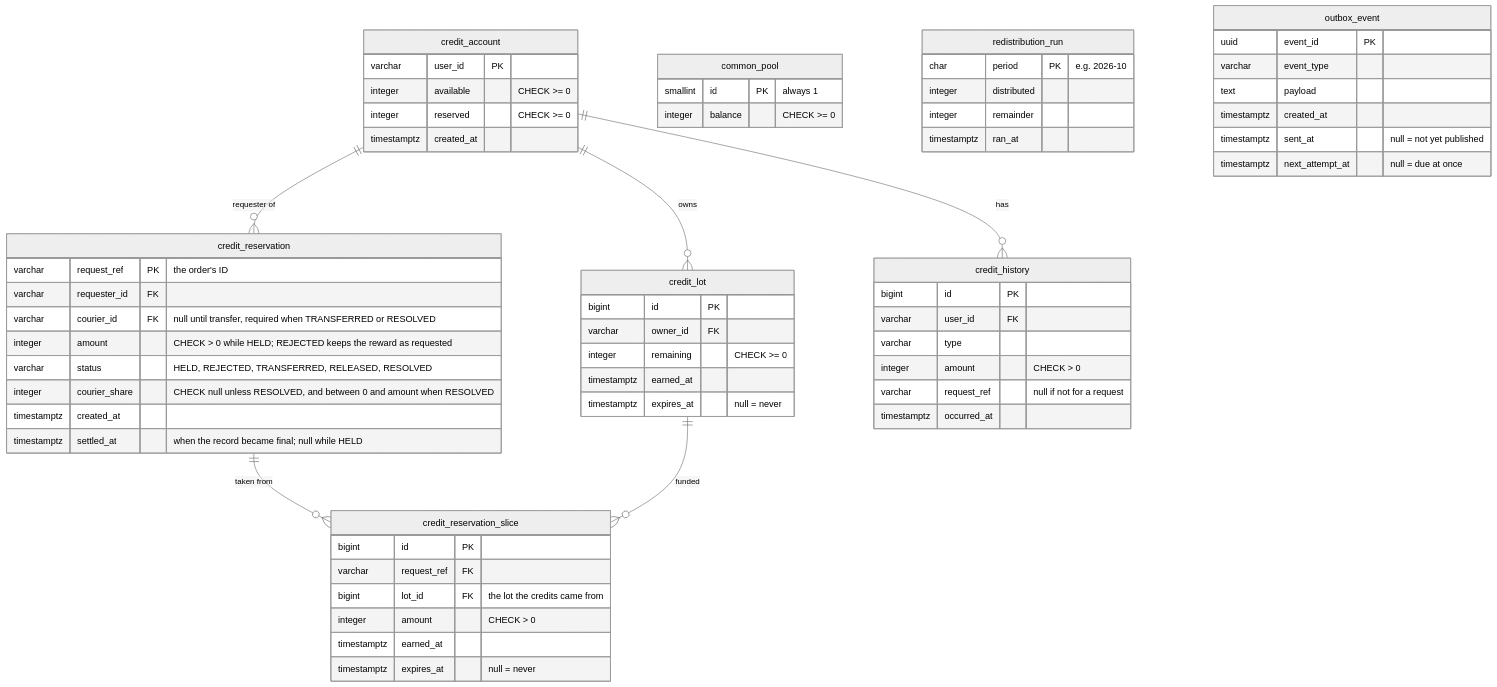
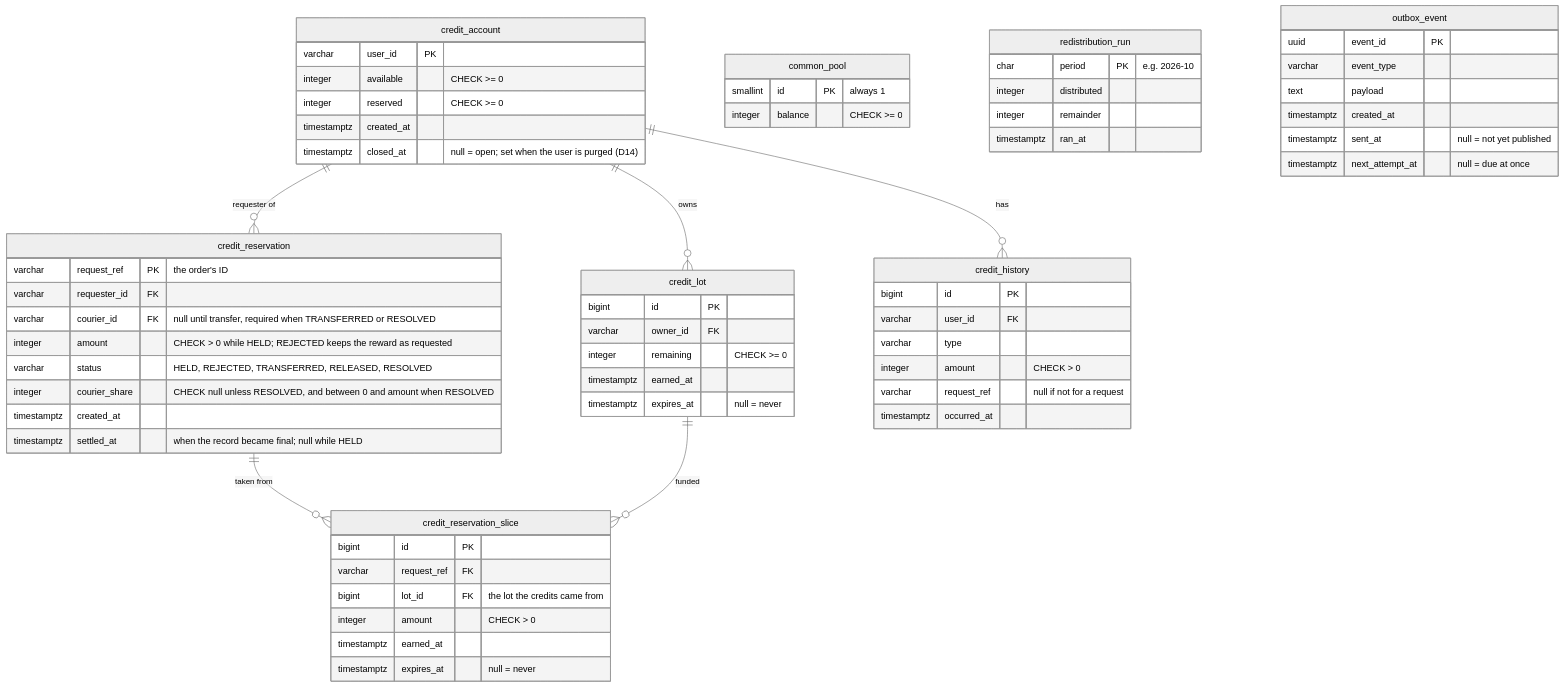
The diagram in docs/credit-service.md (AY2627S1-CS3219-P23/foc), drawn with Mermaid (neutral theme) before and after one commit. The commit also changed other lines of this file and 65 other files, not shown here.

````diff
--- a/docs/credit-service.md
+++ b/docs/credit-service.md
@@ -217,66 +225,67 @@
 ```mermaid
 erDiagram
     credit_account ||--o{ credit_reservation : "requester of"
     credit_account ||--o{ credit_lot : owns
     credit_account ||--o{ credit_history : "has"
     credit_reservation ||--o{ credit_reservation_slice : "taken from"
     credit_lot ||--o{ credit_reservation_slice : "funded"
  
     credit_account {
         varchar user_id PK
         integer available "CHECK >= 0"
         integer reserved "CHECK >= 0"
         timestamptz created_at
+        timestamptz closed_at "null = open; set when the user is purged (D14)"
     }
     credit_reservation {
         varchar request_ref PK "the order's ID"
         varchar requester_id FK
         varchar courier_id FK "null until transfer, required when TRANSFERRED or RESOLVED"
         integer amount "CHECK > 0 while HELD; REJECTED keeps the reward as requested"
         varchar status "HELD, REJECTED, TRANSFERRED, RELEASED, RESOLVED"
         integer courier_share "CHECK null unless RESOLVED, and between 0 and amount when RESOLVED"
         timestamptz created_at
         timestamptz settled_at "when the record became final; null while HELD"
     }
     credit_reservation_slice {
         bigint id PK
         varchar request_ref FK
         bigint lot_id FK "the lot the credits came from"
         integer amount "CHECK > 0"
         timestamptz earned_at
         timestamptz expires_at "null = never"
     }
     credit_lot {
         bigint id PK
         varchar owner_id FK
         integer remaining "CHECK >= 0"
         timestamptz earned_at
         timestamptz expires_at "null = never"
     }
     credit_history {
         bigint id PK
         varchar user_id FK
         varchar type
         integer amount "CHECK > 0"
         varchar request_ref "null if not for a request"
         timestamptz occurred_at
     }
     common_pool {
         smallint id PK "always 1"
         integer balance "CHECK >= 0"
     }
     redistribution_run {
         char period PK "e.g. 2026-10"
         integer distributed
         integer remainder
         timestamptz ran_at
     }
     outbox_event {
         uuid event_id PK
         varchar event_type
         text payload
         timestamptz created_at
         timestamptz sent_at "null = not yet published"
         timestamptz next_attempt_at "null = due at once"
     }
 ```
````
